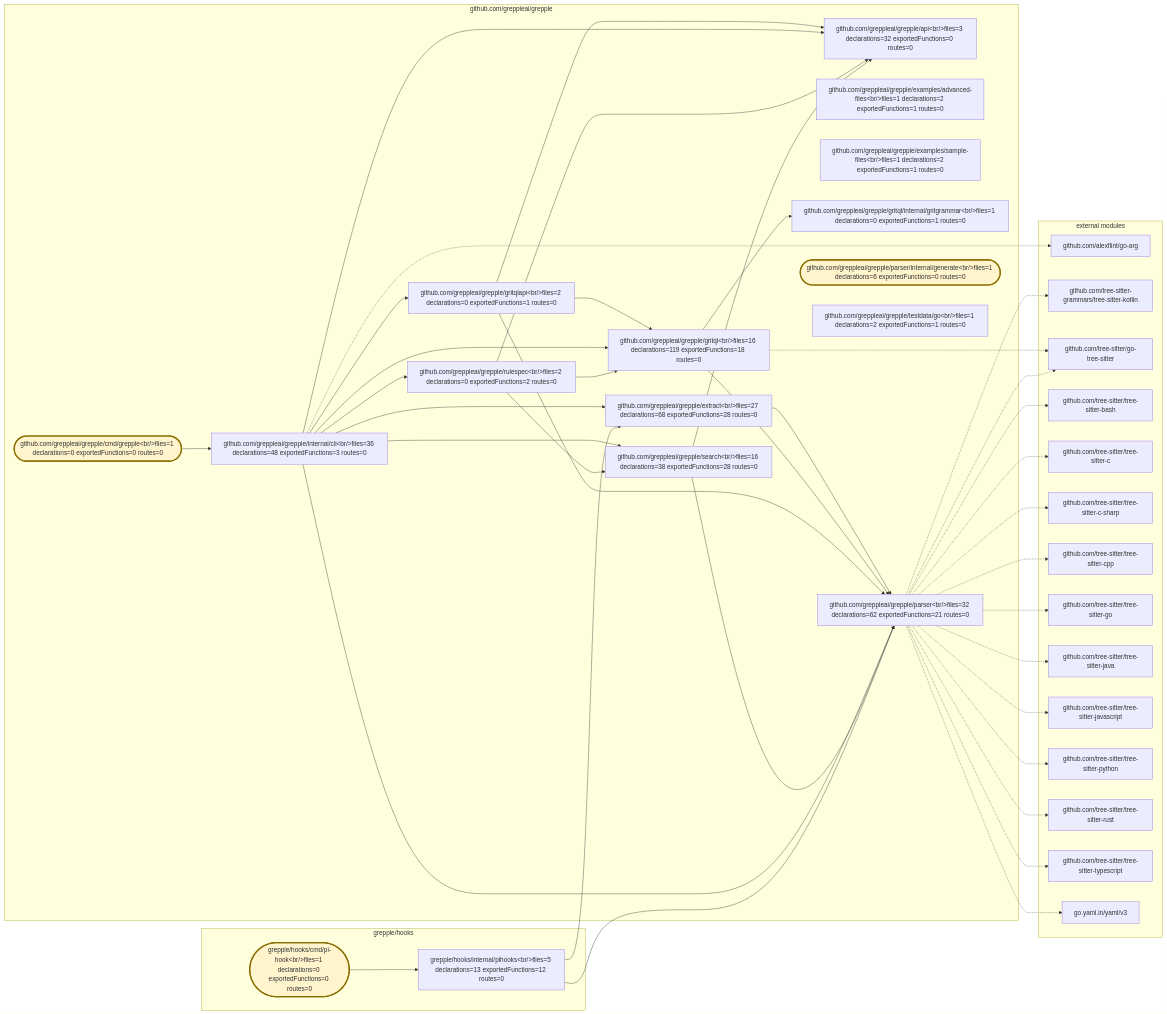
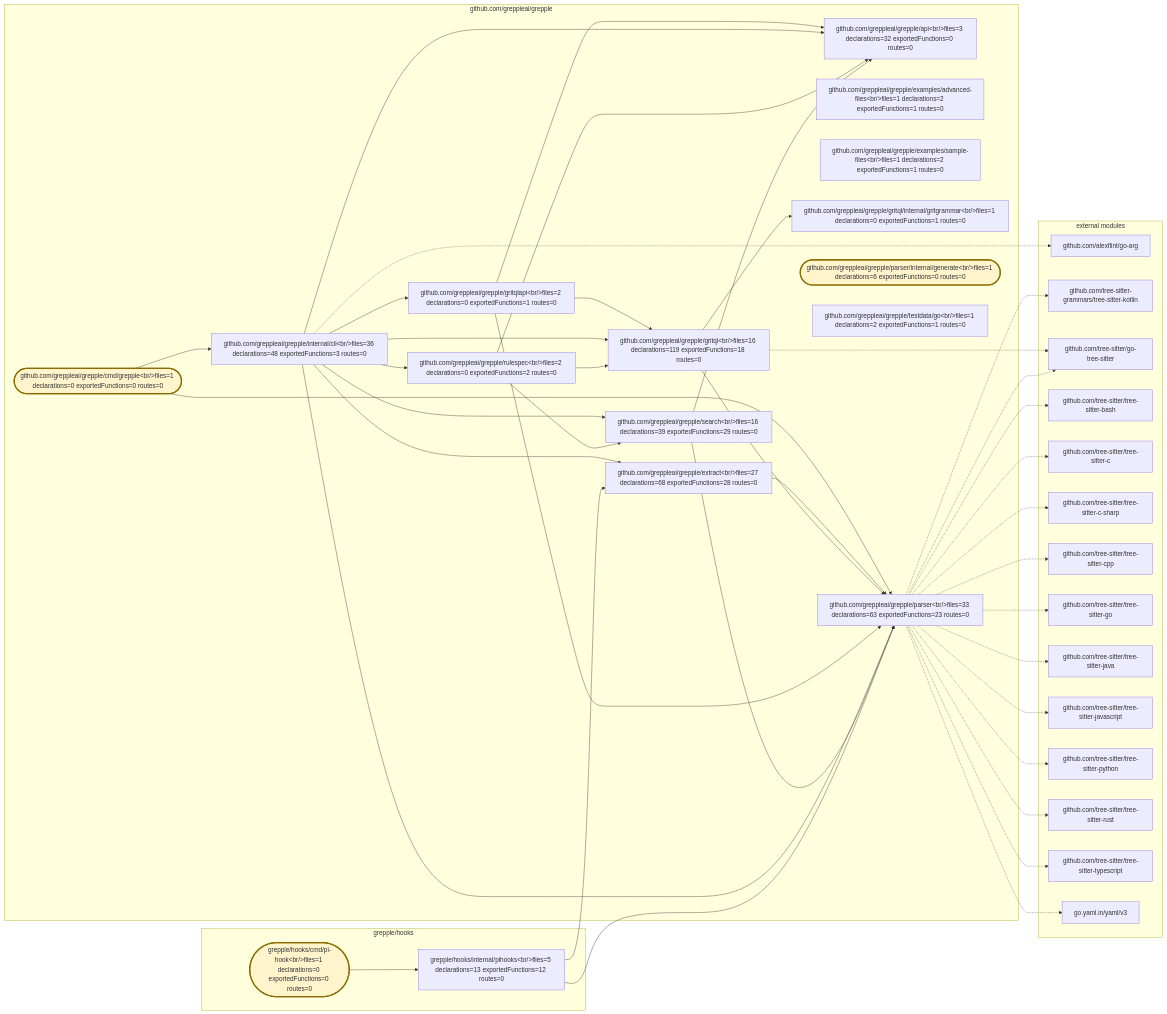
One commit to greppleai/grepple changed the diagram in .grepple/project.workspace/overview.mmd. Above: the diagram before and after it, drawn with Mermaid. The commit also changed 32 other files, not shown here.

```diff
--- a/.grepple/project.workspace/overview.mmd
+++ b/.grepple/project.workspace/overview.mmd
@@ -1,78 +1,79 @@
 flowchart LR
     classDef entrypoint fill:#fff4cc,stroke:#8a6d00,stroke-width:3px
     subgraph module_0["github.com/greppleai/grepple"]
         package_0["github.com/greppleai/grepple/api&lt;br/&gt;files=3 declarations=32 exportedFunctions=0 routes=0"]
         package_1(["github.com/greppleai/grepple/cmd/grepple&lt;br/&gt;files=1 declarations=0 exportedFunctions=0 routes=0"])
         class package_1 entrypoint
         package_2["github.com/greppleai/grepple/examples/advanced-files&lt;br/&gt;files=1 declarations=2 exportedFunctions=1 routes=0"]
         package_3["github.com/greppleai/grepple/examples/sample-files&lt;br/&gt;files=1 declarations=2 exportedFunctions=1 routes=0"]
         package_4["github.com/greppleai/grepple/extract&lt;br/&gt;files=27 declarations=68 exportedFunctions=28 routes=0"]
         package_5["github.com/greppleai/grepple/gritql&lt;br/&gt;files=16 declarations=119 exportedFunctions=18 routes=0"]
         package_6["github.com/greppleai/grepple/gritql/internal/gritgrammar&lt;br/&gt;files=1 declarations=0 exportedFunctions=1 routes=0"]
         package_7["github.com/greppleai/grepple/gritqlapi&lt;br/&gt;files=2 declarations=0 exportedFunctions=1 routes=0"]
         package_8["github.com/greppleai/grepple/internal/cli&lt;br/&gt;files=36 declarations=48 exportedFunctions=3 routes=0"]
-        package_9["github.com/greppleai/grepple/parser&lt;br/&gt;files=32 declarations=62 exportedFunctions=21 routes=0"]
+        package_9["github.com/greppleai/grepple/parser&lt;br/&gt;files=33 declarations=63 exportedFunctions=23 routes=0"]
         package_10(["github.com/greppleai/grepple/parser/internal/generate&lt;br/&gt;files=1 declarations=6 exportedFunctions=0 routes=0"])
         class package_10 entrypoint
         package_11["github.com/greppleai/grepple/rulespec&lt;br/&gt;files=2 declarations=0 exportedFunctions=2 routes=0"]
-        package_12["github.com/greppleai/grepple/search&lt;br/&gt;files=16 declarations=38 exportedFunctions=28 routes=0"]
+        package_12["github.com/greppleai/grepple/search&lt;br/&gt;files=16 declarations=39 exportedFunctions=29 routes=0"]
         package_13["github.com/greppleai/grepple/testdata/go&lt;br/&gt;files=1 declarations=2 exportedFunctions=1 routes=0"]
     end
     subgraph module_1["grepple/hooks"]
         package_14(["grepple/hooks/cmd/pi-hook&lt;br/&gt;files=1 declarations=0 exportedFunctions=0 routes=0"])
         class package_14 entrypoint
         package_15["grepple/hooks/internal/pihooks&lt;br/&gt;files=5 declarations=13 exportedFunctions=12 routes=0"]
     end
     package_1 --> package_8
+    package_1 --> package_9
     package_4 --> package_9
     package_5 --> package_6
     package_5 --> package_9
     package_7 --> package_0
     package_7 --> package_5
     package_7 --> package_9
     package_8 --> package_0
     package_8 --> package_4
     package_8 --> package_5
     package_8 --> package_7
     package_8 --> package_9
     package_8 --> package_11
     package_8 --> package_12
     package_11 --> package_0
     package_11 --> package_5
     package_11 --> package_12
     package_12 --> package_0
     package_12 --> package_9
     package_14 --> package_15
     package_15 --> package_4
     package_15 --> package_9
     subgraph external_dependencies["external modules"]
         external_0["github.com/alexflint/go-arg"]
         external_1["github.com/tree-sitter-grammars/tree-sitter-kotlin"]
         external_2["github.com/tree-sitter/go-tree-sitter"]
         external_3["github.com/tree-sitter/tree-sitter-bash"]
         external_4["github.com/tree-sitter/tree-sitter-c"]
         external_5["github.com/tree-sitter/tree-sitter-c-sharp"]
         external_6["github.com/tree-sitter/tree-sitter-cpp"]
         external_7["github.com/tree-sitter/tree-sitter-go"]
         external_8["github.com/tree-sitter/tree-sitter-java"]
         external_9["github.com/tree-sitter/tree-sitter-javascript"]
         external_10["github.com/tree-sitter/tree-sitter-python"]
         external_11["github.com/tree-sitter/tree-sitter-rust"]
         external_12["github.com/tree-sitter/tree-sitter-typescript"]
         external_13["go.yaml.in/yaml/v3"]
     end
     package_8 -.-> external_0
     package_9 -.-> external_1
     package_5 -.-> external_2
     package_9 -.-> external_2
     package_9 -.-> external_3
     package_9 -.-> external_4
     package_9 -.-> external_5
     package_9 -.-> external_6
     package_9 -.-> external_7
     package_9 -.-> external_8
     package_9 -.-> external_9
     package_9 -.-> external_10
     package_9 -.-> external_11
     package_9 -.-> external_12
     package_9 -.-> external_13
```
